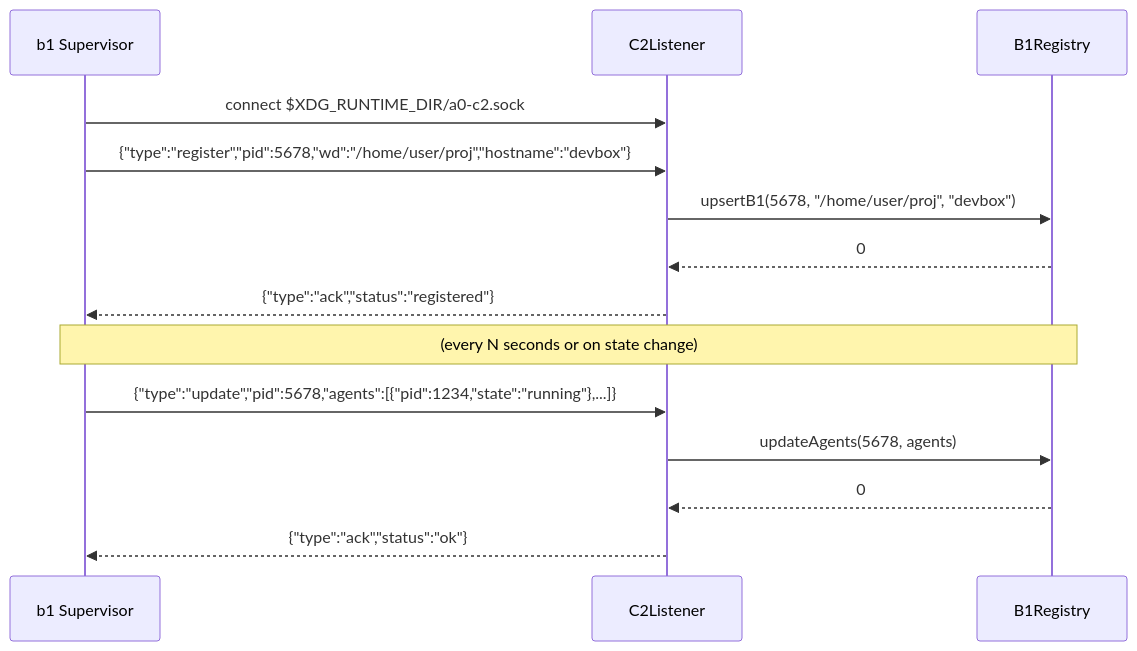
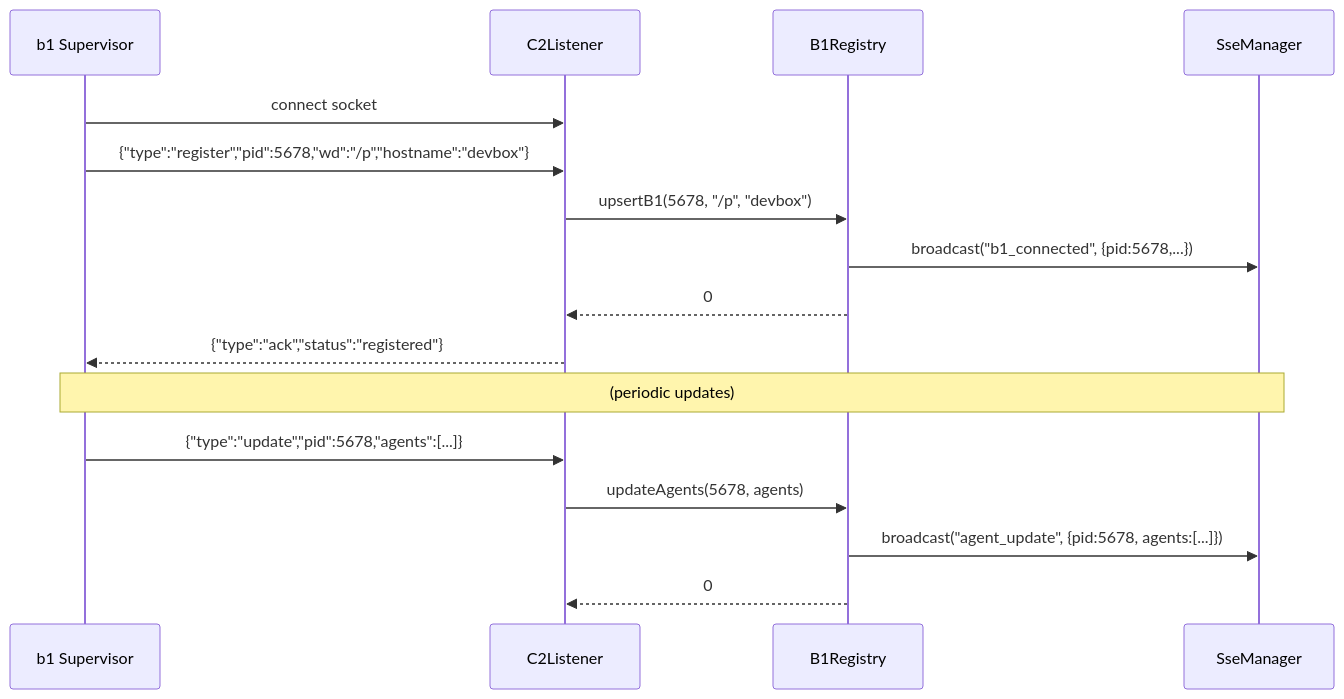
One commit to opensassi/a0 changed the second of 5 diagrams in src/c2/technical-specification.md. Above: the diagram before and after it, drawn with Mermaid. The commit also changed other lines of this file and 71 other files, not shown here.

````diff
--- a/src/c2/technical-specification.md
+++ b/src/c2/technical-specification.md
@@ -268,20 +336,21 @@
 ```mermaid
 sequenceDiagram
     participant B1 as b1 Supervisor
-    participant Listener as C2Listener
-    participant Reg as B1Registry
+    participant L as C2Listener
+    participant REG as B1Registry
+    participant SSE as SseManager
 
-    B1->>Listener: connect $XDG_RUNTIME_DIR/a0-c2.sock
+    B1->>L: connect socket
+    B1->>L: {"type":"register","pid":5678,"wd":"/p","hostname":"devbox"}
+    L->>REG: upsertB1(5678, "/p", "devbox")
+    REG->>SSE: broadcast("b1_connected", {pid:5678,...})
+    REG-->>L: 0
+    L-->>B1: {"type":"ack","status":"registered"}
 
-    B1->>Listener: {"type":"register","pid":5678,"wd":"/home/user/proj","hostname":"devbox"}
-    Listener->>Reg: upsertB1(5678, "/home/user/proj", "devbox")
-    Reg-->>Listener: 0
-    Listener-->>B1: {"type":"ack","status":"registered"}
+    Note over B1,SSE: (periodic updates)
 
-    Note over B1,Reg: (every N seconds or on state change)
-
-    B1->>Listener: {"type":"update","pid":5678,"agents":[{"pid":1234,"state":"running"},...]}
-    Listener->>Reg: updateAgents(5678, agents)
-    Reg-->>Listener: 0
-    Listener-->>B1: {"type":"ack","status":"ok"}
+    B1->>L: {"type":"update","pid":5678,"agents":[...]}
+    L->>REG: updateAgents(5678, agents)
+    REG->>SSE: broadcast("agent_update", {pid:5678, agents:[...]})
+    REG-->>L: 0
 ```
````
